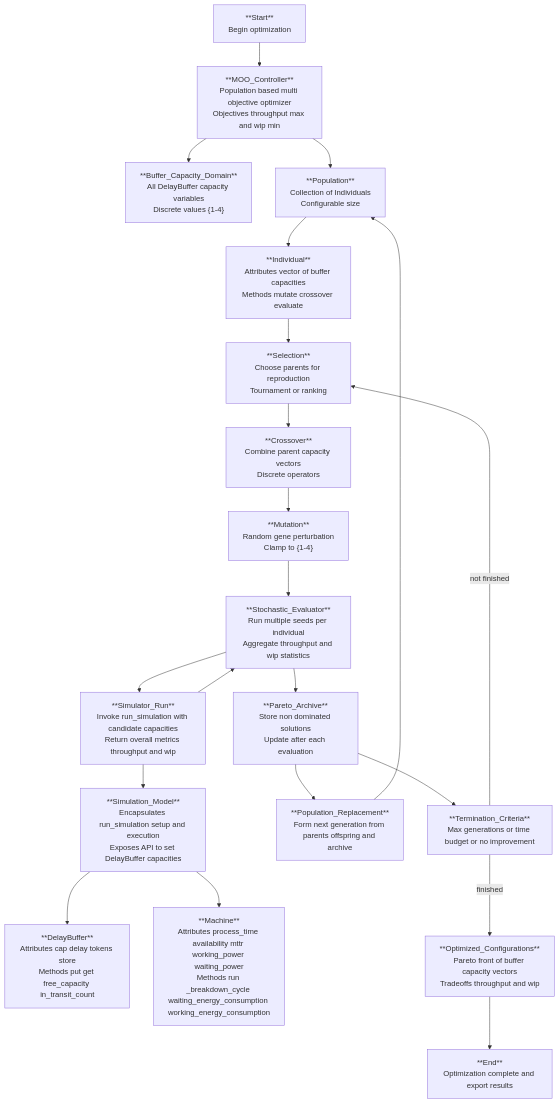
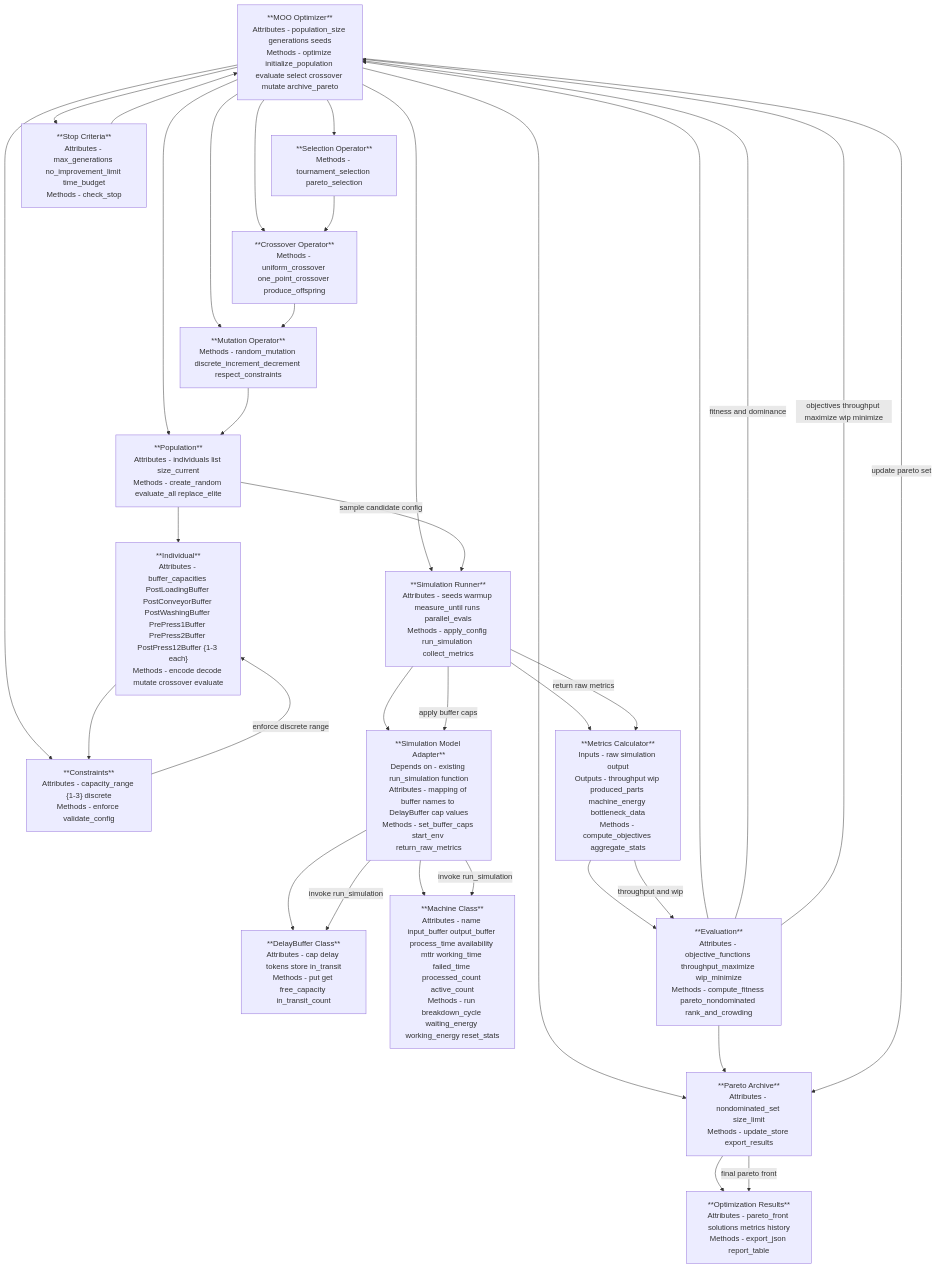
Before and after one commit to ViktorNorberg/LLM-DES-MOO-Modeling: the diagram in results/UML.mmd, drawn with Mermaid. The commit also changed 12 other files, not shown here.

```diff
--- a/results/UML.mmd
+++ b/results/UML.mmd
@@ -1,40 +1,57 @@
 flowchart TD
-Start["**Start**<br/>Begin optimization"]
-MOO_Controller["**MOO_Controller**<br/>Population based multi objective optimizer<br/>Objectives throughput max and wip min"]
-BufferDomain["**Buffer_Capacity_Domain**<br/>All DelayBuffer capacity variables<br/>Discrete values {1-4}"]
-Population["**Population**<br/>Collection of Individuals<br/>Configurable size"]
-Individual["**Individual**<br/>Attributes vector of buffer capacities<br/>Methods mutate crossover evaluate"]
-Selection["**Selection**<br/>Choose parents for reproduction<br/>Tournament or ranking"]
-Crossover["**Crossover**<br/>Combine parent capacity vectors<br/>Discrete operators"]
-Mutation["**Mutation**<br/>Random gene perturbation<br/>Clamp to {1-4}"]
-StochasticEval["**Stochastic_Evaluator**<br/>Run multiple seeds per individual<br/>Aggregate throughput and wip statistics"]
-SimulatorRun["**Simulator_Run**<br/>Invoke run_simulation with candidate capacities<br/>Return overall metrics throughput and wip"]
-SimulationModel["**Simulation_Model**<br/>Encapsulates run_simulation setup and execution<br/>Exposes API to set DelayBuffer capacities"]
-DelayBufferClass["**DelayBuffer**<br/>Attributes cap delay tokens store<br/>Methods put get free_capacity in_transit_count"]
-MachineClass["**Machine**<br/>Attributes process_time availability mttr working_power waiting_power<br/>Methods run _breakdown_cycle waiting_energy_consumption working_energy_consumption"]
-ParetoArchive["**Pareto_Archive**<br/>Store non dominated solutions<br/>Update after each evaluation"]
-Replacement["**Population_Replacement**<br/>Form next generation from parents offspring and archive"]
-Termination["**Termination_Criteria**<br/>Max generations or time budget or no improvement"]
-Output["**Optimized_Configurations**<br/>Pareto front of buffer capacity vectors<br/>Tradeoffs throughput and wip"]
-End["**End**<br/>Optimization complete and export results"]
+MOOOptimizer["**MOO Optimizer**<br/>Attributes - population_size generations seeds<br/>Methods - optimize initialize_population evaluate select crossover mutate archive_pareto"] 
+Population["**Population**<br/>Attributes - individuals list size_current<br/>Methods - create_random evaluate_all replace_elite"] 
+Individual["**Individual**<br/>Attributes - buffer_capacities PostLoadingBuffer PostConveyorBuffer PostWashingBuffer PrePress1Buffer PrePress2Buffer PostPress12Buffer {1-3 each}<br/>Methods - encode decode mutate crossover evaluate"] 
+Constraints["**Constraints**<br/>Attributes - capacity_range {1-3} discrete<br/>Methods - enforce validate_config"] 
+SimulationRunner["**Simulation Runner**<br/>Attributes - seeds warmup measure_until runs parallel_evals<br/>Methods - apply_config run_simulation collect_metrics"] 
+SimulationModel["**Simulation Model Adapter**<br/>Depends on - existing run_simulation function<br/>Attributes - mapping of buffer names to DelayBuffer cap values<br/>Methods - set_buffer_caps start_env return_raw_metrics"] 
+DelayBufferClass["**DelayBuffer Class**<br/>Attributes - cap delay tokens store in_transit<br/>Methods - put get free_capacity in_transit_count"] 
+MachineClass["**Machine Class**<br/>Attributes - name input_buffer output_buffer process_time availability mttr working_time failed_time processed_count active_count<br/>Methods - run breakdown_cycle waiting_energy working_energy reset_stats"] 
+MetricsCalculator["**Metrics Calculator**<br/>Inputs - raw simulation output<br/>Outputs - throughput wip produced_parts machine_energy bottleneck_data<br/>Methods - compute_objectives aggregate_stats"] 
+Evaluation["**Evaluation**<br/>Attributes - objective_functions throughput_maximize wip_minimize<br/>Methods - compute_fitness pareto_nondominated rank_and_crowding"] 
+Selection["**Selection Operator**<br/>Methods - tournament_selection pareto_selection"] 
+Crossover["**Crossover Operator**<br/>Methods - uniform_crossover one_point_crossover produce_offspring"] 
+Mutation["**Mutation Operator**<br/>Methods - random_mutation discrete_increment_decrement respect_constraints"] 
+Archive["**Pareto Archive**<br/>Attributes - nondominated_set size_limit<br/>Methods - update_store export_results"] 
+StopCriteria["**Stop Criteria**<br/>Attributes - max_generations no_improvement_limit time_budget<br/>Methods - check_stop"] 
+Results["**Optimization Results**<br/>Attributes - pareto_front solutions metrics history<br/>Methods - export_json report_table"] 
 
-Start --> MOO_Controller
-MOO_Controller --> BufferDomain
-MOO_Controller --> Population
+MOOOptimizer --> Population
+MOOOptimizer --> Constraints
 Population --> Individual
-Individual --> Selection
+Individual --> Constraints
+MOOOptimizer --> SimulationRunner
+SimulationRunner --> SimulationModel
+SimulationModel --> DelayBufferClass
+SimulationModel --> MachineClass
+SimulationRunner --> MetricsCalculator
+MetricsCalculator --> Evaluation
+Evaluation --> MOOOptimizer
+MOOOptimizer --> Selection
+MOOOptimizer --> Crossover
+MOOOptimizer --> Mutation
 Selection --> Crossover
 Crossover --> Mutation
-Mutation --> StochasticEval
-StochasticEval --> SimulatorRun
-SimulatorRun --> SimulationModel
-SimulationModel --> DelayBufferClass
-SimulationModel --> MachineClass
-SimulatorRun --> StochasticEval
-StochasticEval --> ParetoArchive
-ParetoArchive --> Replacement
-Replacement --> Population
-ParetoArchive --> Termination
-Termination -->|not finished| Selection
-Termination -->|finished| Output
-Output --> End
+Mutation --> Population
+MOOOptimizer --> Archive
+Evaluation --> Archive
+Archive --> Results
+MOOOptimizer --> StopCriteria
+StopCriteria --> MOOOptimizer
+
+%% Interaction flow for one generation
+Population -->|sample candidate config| SimulationRunner
+SimulationRunner -->|apply buffer caps| SimulationModel
+SimulationModel -->|invoke run_simulation| MachineClass
+SimulationModel -->|invoke run_simulation| DelayBufferClass
+SimulationRunner -->|return raw metrics| MetricsCalculator
+MetricsCalculator -->|throughput and wip| Evaluation
+Evaluation -->|fitness and dominance| MOOOptimizer
+
+%% Notes on discrete inputs and objectives
+Constraints -->|enforce discrete range| Individual
+Evaluation -->|objectives throughput maximize wip minimize| MOOOptimizer
+
+%% Archive and output
+MOOOptimizer -->|update pareto set| Archive
+Archive -->|final pareto front| Results
```
